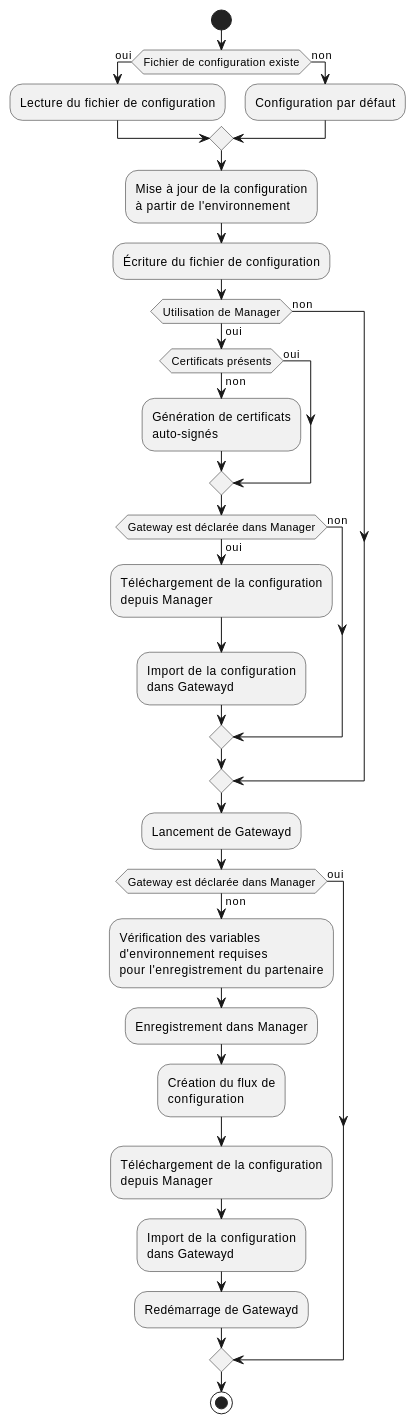
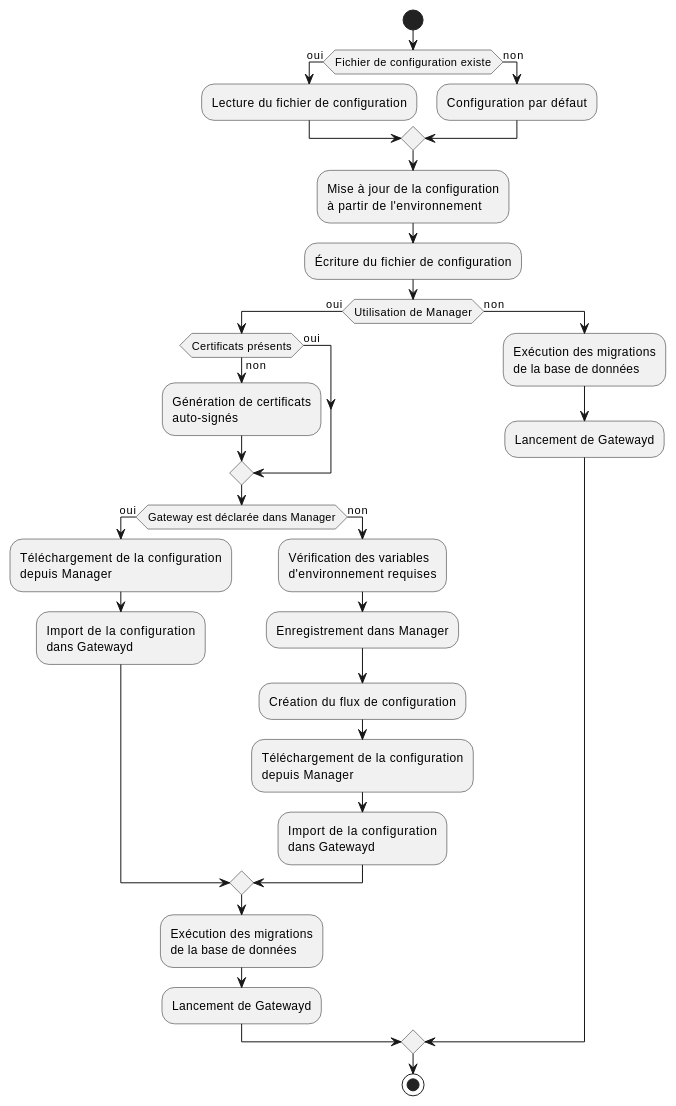
The diagram in doc/source/reference/container.rst (waarp/gateway), drawn with PlantUML before and after one commit.

Commit message:
chore: update the start sequence in containers doc

```diff
--- a/doc/source/reference/container.rst
+++ b/doc/source/reference/container.rst
@@ -469,58 +469,50 @@
 .. uml::
 
    start
 
    if (Fichier de configuration existe) then (oui)
       :Lecture du fichier de configuration;
    else (non)
       :Configuration par défaut;
    endif
 
    :Mise à jour de la configuration
    à partir de l'environnement;
 
    :Écriture du fichier de configuration;
 
    if (Utilisation de Manager) then (oui)
-
       if (Certificats présents) then (oui)
       else (non)
          :Génération de certificats
          auto-signés;
       endif
 
       if (Gateway est déclarée dans Manager) then (oui)
          :Téléchargement de la configuration
          depuis Manager;
-
          :Import de la configuration
          dans Gatewayd;
       else (non)
+         :Vérification des variables
+         d'environnement requises;
+         :Enregistrement dans Manager;
+         :Création du flux de configuration;
+         :Téléchargement de la configuration
+         depuis Manager;
+         :Import de la configuration
+         dans Gatewayd;
       endif
 
+      :Exécution des migrations
+      de la base de données;
+
+      :Lancement de Gatewayd;
    else (non)
-   endif
+      :Exécution des migrations
+      de la base de données;
 
-   :Lancement de Gatewayd;
-
-   if (Gateway est déclarée dans Manager) then (oui)
-   else (non)
-      :Vérification des variables
-      d'environnement requises
-      pour l'enregistrement du partenaire;
-
-      :Enregistrement dans Manager;
-
-      :Création du flux de
-      configuration;
-
-      :Téléchargement de la configuration
-      depuis Manager;
-
-      :Import de la configuration
-      dans Gatewayd;
-         
-      :Redémarrage de Gatewayd;
+      :Lancement de Gatewayd;
    endif
 
    stop
```
